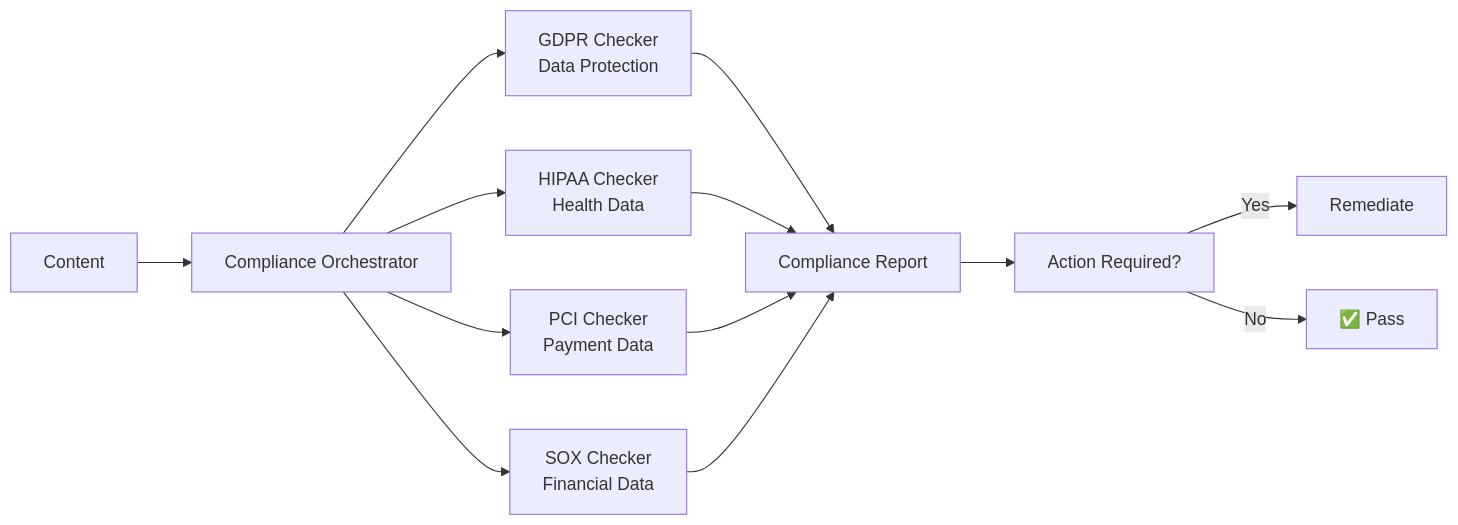
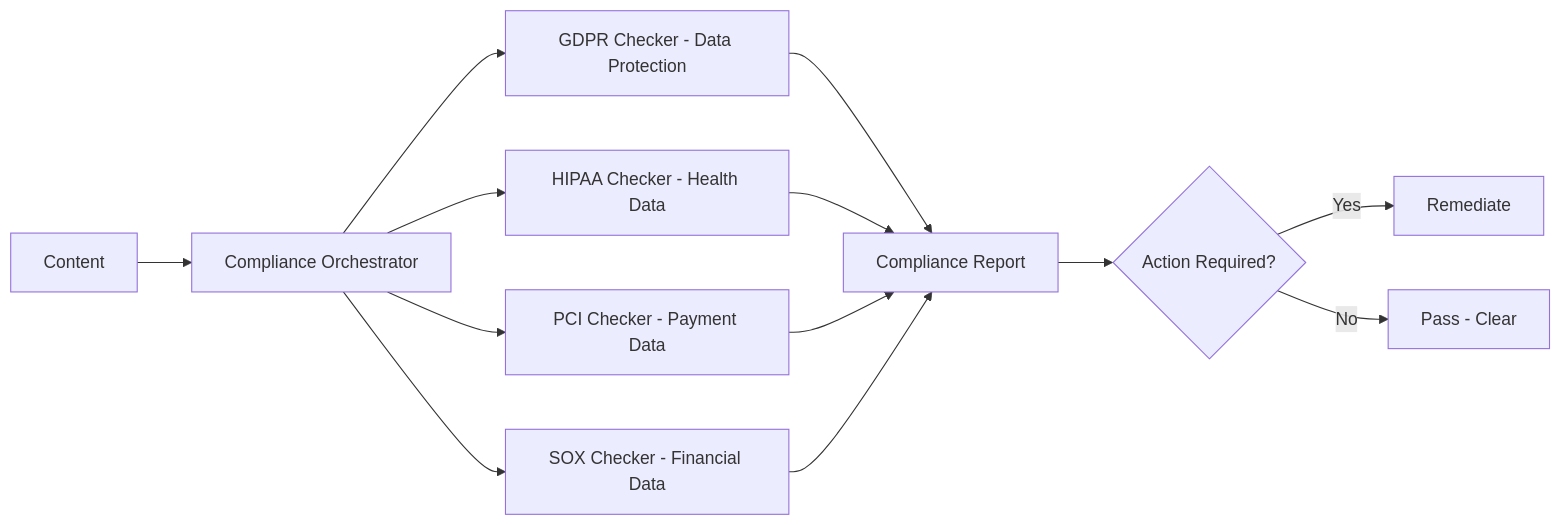
Before and after one commit to LifeJiggy/Rules-Emerging-Pattern: the fifth of 18 diagrams in README.md, drawn with Mermaid. The commit also changed other lines of this file, not shown here.

Commit message:
Fix Mermaid diagrams for GitHub rendering - remove theme directives, emoji, subgraph titles, and br tags

````diff
--- a/README.md
+++ b/README.md
@@ -202,15 +201,15 @@
 ```mermaid
 flowchart LR
     Input["Content"] --> Orchestrator["Compliance Orchestrator"]
-    Orchestrator --> GDPR["GDPR Checker<br/>Data Protection"]
-    Orchestrator --> HIPAA["HIPAA Checker<br/>Health Data"]
-    Orchestrator --> PCI["PCI Checker<br/>Payment Data"]
-    Orchestrator --> SOX["SOX Checker<br/>Financial Data"]
+    Orchestrator --> GDPR["GDPR Checker - Data Protection"]
+    Orchestrator --> HIPAA["HIPAA Checker - Health Data"]
+    Orchestrator --> PCI["PCI Checker - Payment Data"]
+    Orchestrator --> SOX["SOX Checker - Financial Data"]
     GDPR --> Report["Compliance Report"]
     HIPAA --> Report
     PCI --> Report
     SOX --> Report
-    Report --> Action["Action Required?"]
+    Report --> Action{"Action Required?"}
     Action -->|Yes| Remediate["Remediate"]
-    Action -->|No| Pass["✅ Pass"]
+    Action -->|No| Pass["Pass - Clear"]
 ```
````
